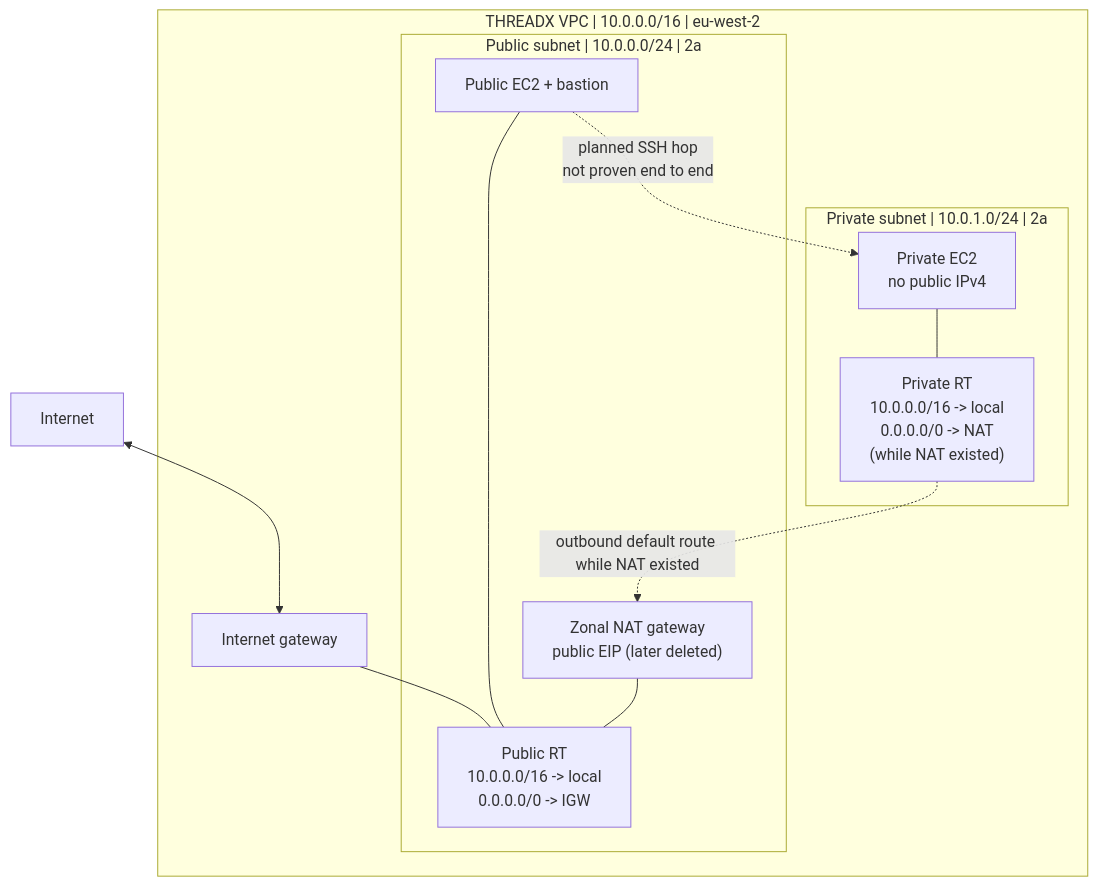
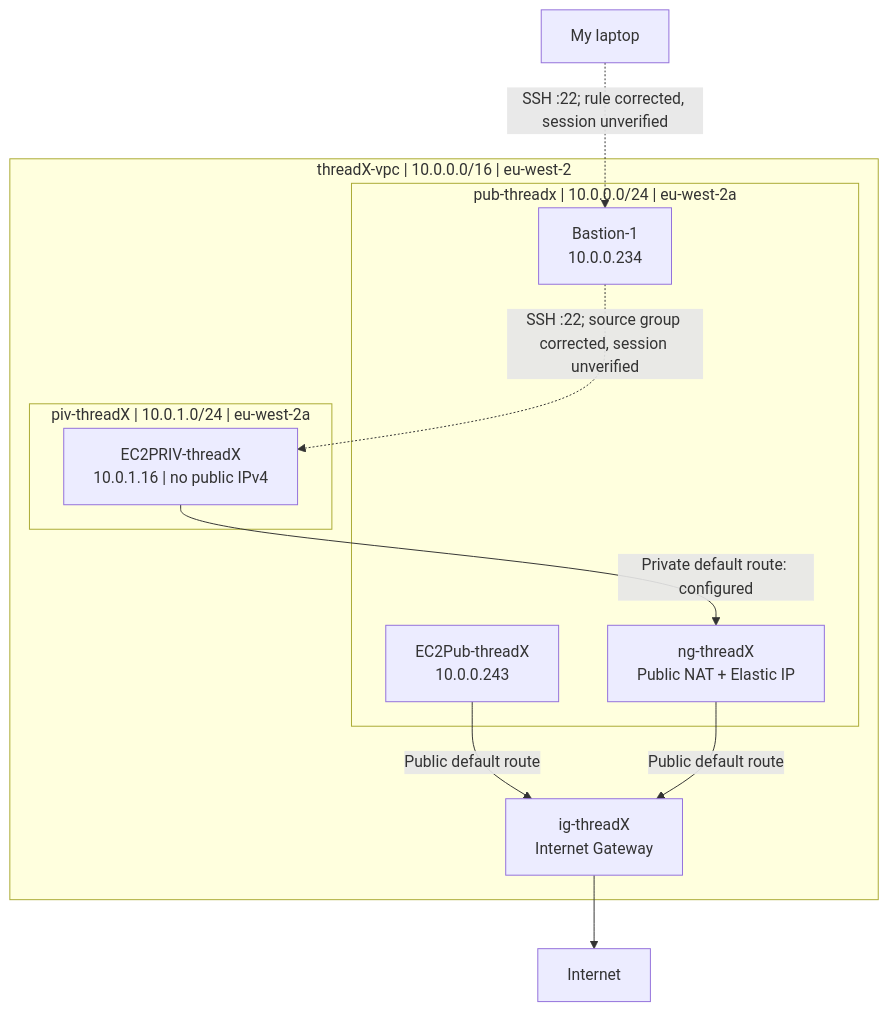
The first of 3 diagrams in ASW/zz-architecture.md (muhayadindev-dev/DevOps_Learning-), drawn with Mermaid before and after one commit. The commit also changed other lines of this file and 43 other files, not shown here.

````diff
--- a/ASW/zz-architecture.md
+++ b/ASW/zz-architecture.md
@@ -9,23 +11,22 @@
 ```mermaid
 flowchart TB
-  Internet["Internet"]
-  subgraph VPC["THREADX VPC | 10.0.0.0/16 | eu-west-2"]
-    IGW["Internet gateway"]
-    subgraph PUB["Public subnet | 10.0.0.0/24 | 2a"]
-      PublicEC2["Public EC2 + bastion"]
-      NAT["Zonal NAT gateway\npublic EIP (later deleted)"]
-      PUBRT["Public RT\n10.0.0.0/16 -> local\n0.0.0.0/0 -> IGW"]
+    Internet["Internet"]
+    Laptop["My laptop"]
+    subgraph VPC["threadX-vpc | 10.0.0.0/16 | eu-west-2"]
+        IGW["ig-threadX<br/>Internet Gateway"]
+        subgraph Public["pub-threadx | 10.0.0.0/24 | eu-west-2a"]
+            PublicEC2["EC2Pub-threadX<br/>10.0.0.243"]
+            Bastion["Bastion-1<br/>10.0.0.234"]
+            NAT["ng-threadX<br/>Public NAT + Elastic IP"]
+        end
+        subgraph Private["piv-threadX | 10.0.1.0/24 | eu-west-2a"]
+            PrivateEC2["EC2PRIV-threadX<br/>10.0.1.16 | no public IPv4"]
+        end
     end
-    subgraph PRIV["Private subnet | 10.0.1.0/24 | 2a"]
-      PrivateEC2["Private EC2\nno public IPv4"]
-      PRIVRT["Private RT\n10.0.0.0/16 -> local\n0.0.0.0/0 -> NAT\n(while NAT existed)"]
-    end
-  end
-  Internet <--> IGW
-  IGW --- PUBRT
-  PublicEC2 --- PUBRT
-  NAT --- PUBRT
-  PrivateEC2 --- PRIVRT
-  PRIVRT -. "outbound default route while NAT existed" .-> NAT
-  PublicEC2 -. "planned SSH hop\nnot proven end to end" .-> PrivateEC2
+    PublicEC2 -->|"Public default route"| IGW
+    PrivateEC2 -->|"Private default route: configured"| NAT
+    NAT -->|"Public default route"| IGW
+    IGW --> Internet
+    Laptop -. "SSH :22; rule corrected, session unverified" .-> Bastion
+    Bastion -. "SSH :22; source group corrected, session unverified" .-> PrivateEC2
 ```
````
